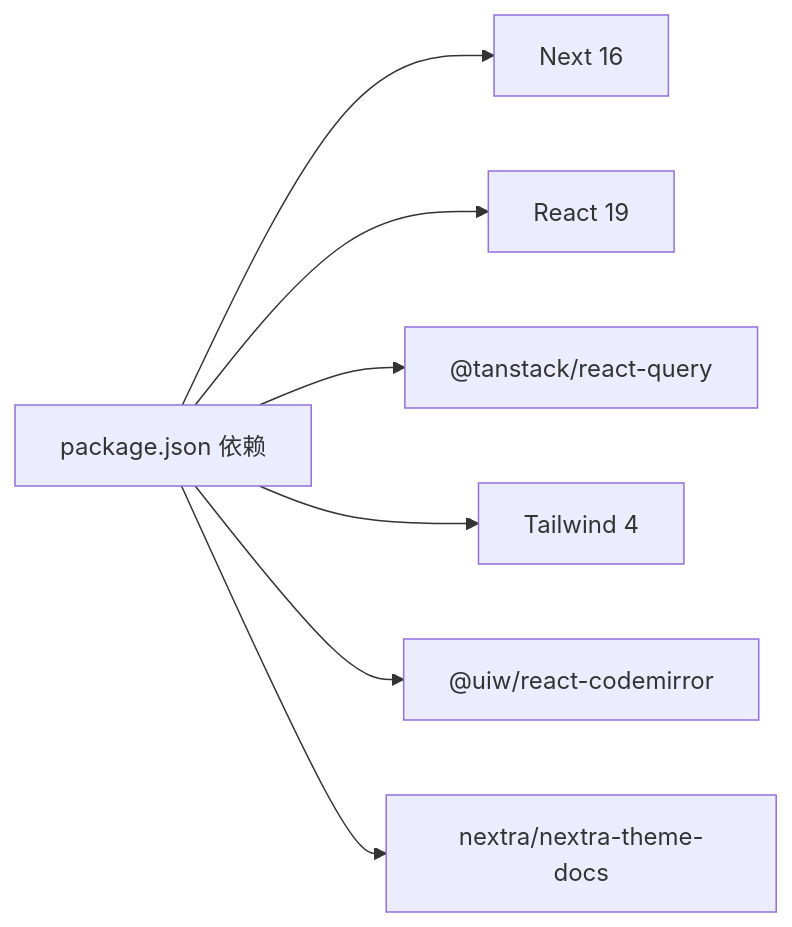
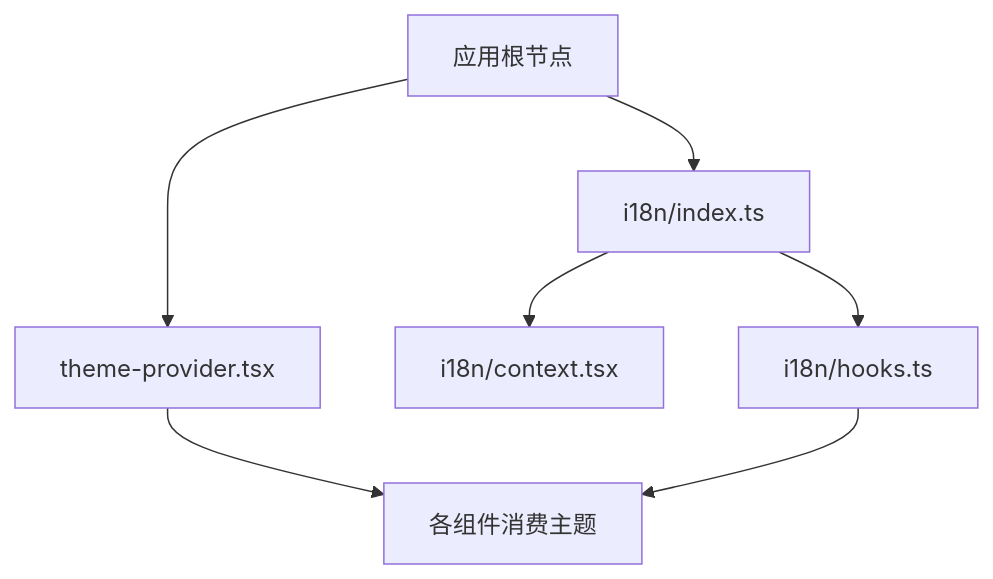
The ninth of 10 diagrams in .qoder/repowiki/zh/content/前端应用/前端应用.md (xfbyxq/deer-flow), drawn with Mermaid before and after one commit. The commit also changed other lines of this file and 621 other files, not shown here.

````diff
--- a/.qoder/repowiki/zh/content/前端应用/前端应用.md
+++ b/.qoder/repowiki/zh/content/前端应用/前端应用.md
@@ -246,9 +641,9 @@
 ```mermaid
-graph LR
-P["package.json 依赖"] --> N["Next 16"]
-P --> R["React 19"]
-P --> Q["@tanstack/react-query"]
-P --> T["Tailwind 4"]
-P --> C["@uiw/react-codemirror"]
-P --> NX["nextra/nextra-theme-docs"]
+graph TB
+Root["应用根节点"] --> Theme["theme-provider.tsx"]
+Root --> I18N["i18n/index.ts"]
+I18N --> Ctx["i18n/context.tsx"]
+I18N --> Hooks["i18n/hooks.ts"]
+Theme --> UI["各组件消费主题"]
+Hooks --> UI
 ```
````
